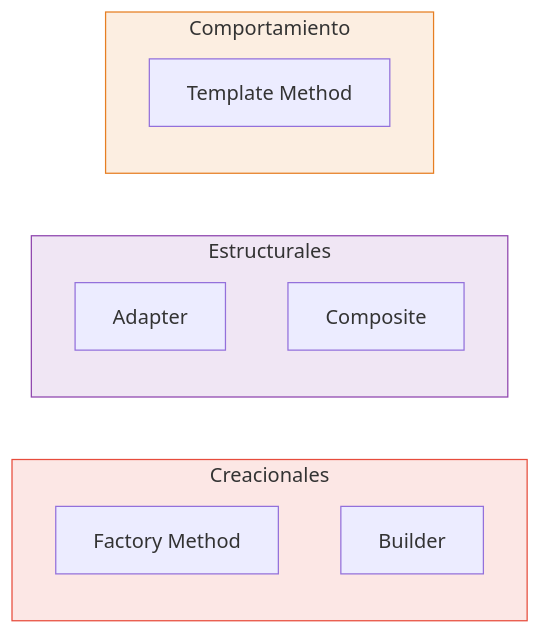
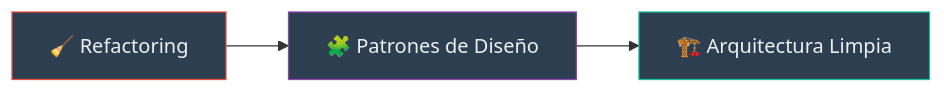
The first of 2 diagrams in OO2/README.md (auwus21/Facultad-Informatica-UNLP), drawn with Mermaid before and after one commit. The commit also changed other lines of this file, not shown here.

Commit message:
docs(oo2): complete redesign with terminal aesthetic and roadmap concept

````diff
--- a/OO2/README.md
+++ b/OO2/README.md
@@ -134,18 +31,9 @@
 ```mermaid
 graph LR
-    subgraph Creacionales
-        FM[Factory Method]
-        B[Builder]
-    end
-    subgraph Estructurales
-        A[Adapter]
-        C[Composite]
-    end
-    subgraph Comportamiento
-        TM[Template Method]
-    end
+    A["🧹 Refactoring"] --> B["🧩 Patrones de Diseño"]
+    B --> C["🏗️ Arquitectura Limpia"]
 
-    style Creacionales fill:#E74C3C22,stroke:#E74C3C
-    style Estructurales fill:#8E44AD22,stroke:#8E44AD
-    style Comportamiento fill:#E67E2222,stroke:#E67E22
+    style A fill:#2C3E50,stroke:#E74C3C,color:#ECF0F1
+    style B fill:#2C3E50,stroke:#8E44AD,color:#ECF0F1
+    style C fill:#2C3E50,stroke:#1ABC9C,color:#ECF0F1
 ```
````
